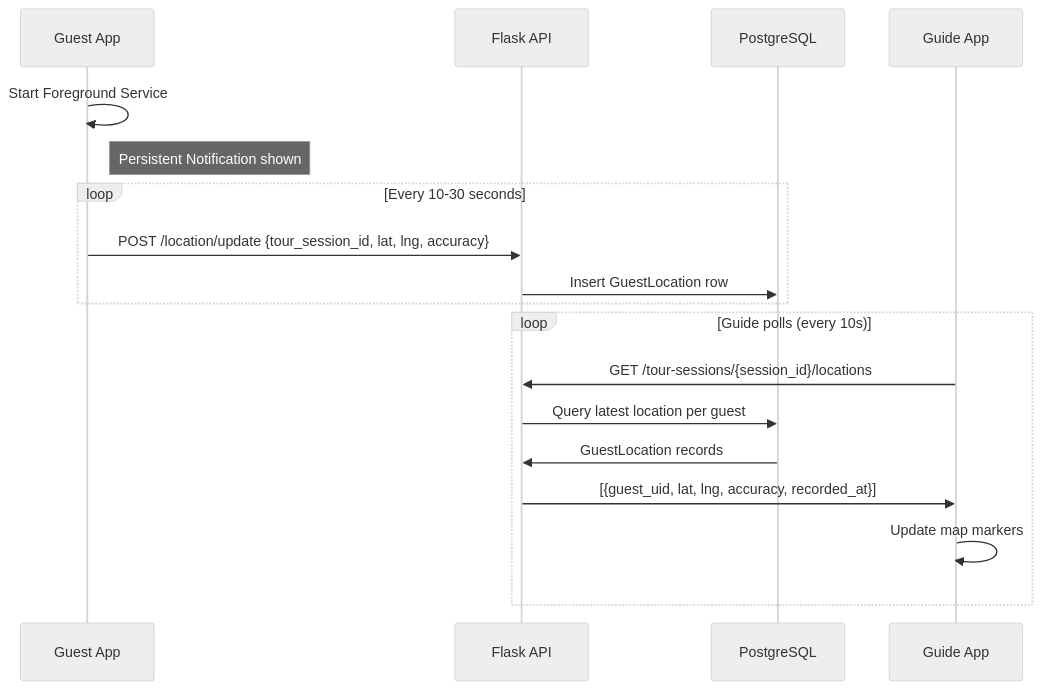
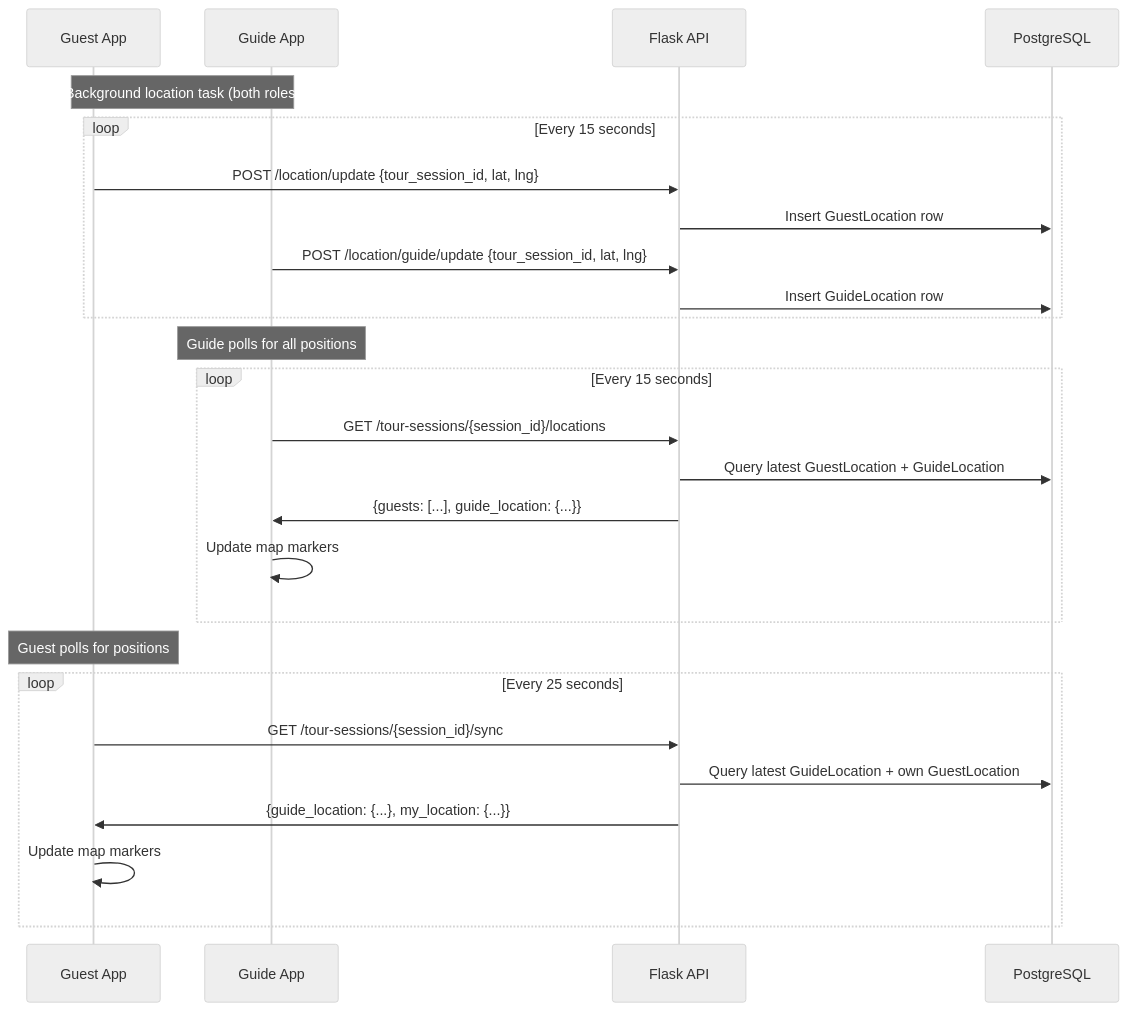
Before and after one commit to wariya-placehub/triptoe-docs: the sixth of 7 diagrams in 2_architecture.md, drawn with Mermaid (neutral theme). The commit also changed other lines of this file and 18 other files, not shown here.

````diff
--- a/2_architecture.md
+++ b/2_architecture.md
@@ -587,22 +610,31 @@
 ```mermaid
 sequenceDiagram
     participant Guest as Guest App
+    participant Guide as Guide App
     participant API as Flask API
     participant DB as PostgreSQL
-    participant Guide as Guide App
 
-    Guest->>Guest: Start Foreground Service
-    Note right of Guest: Persistent Notification shown
-    loop Every 10-30 seconds
-        Guest->>API: POST /location/update {tour_session_id, lat, lng, accuracy}
+    Note over Guest, Guide: Background location task (both roles)
+    loop Every 15 seconds
+        Guest->>API: POST /location/update {tour_session_id, lat, lng}
         API->>DB: Insert GuestLocation row
+        Guide->>API: POST /location/guide/update {tour_session_id, lat, lng}
+        API->>DB: Insert GuideLocation row
     end
 
-    loop Guide polls (every 10s)
+    Note over Guide: Guide polls for all positions
+    loop Every 15 seconds
         Guide->>API: GET /tour-sessions/{session_id}/locations
-        API->>DB: Query latest location per guest
-        DB->>API: GuestLocation records
-        API->>Guide: [{guest_uid, lat, lng, accuracy, recorded_at}]
+        API->>DB: Query latest GuestLocation + GuideLocation
+        API->>Guide: {guests: [...], guide_location: {...}}
         Guide->>Guide: Update map markers
     end
+
+    Note over Guest: Guest polls for positions
+    loop Every 25 seconds
+        Guest->>API: GET /tour-sessions/{session_id}/sync
+        API->>DB: Query latest GuideLocation + own GuestLocation
+        API->>Guest: {guide_location: {...}, my_location: {...}}
+        Guest->>Guest: Update map markers
+    end
 ```
````
